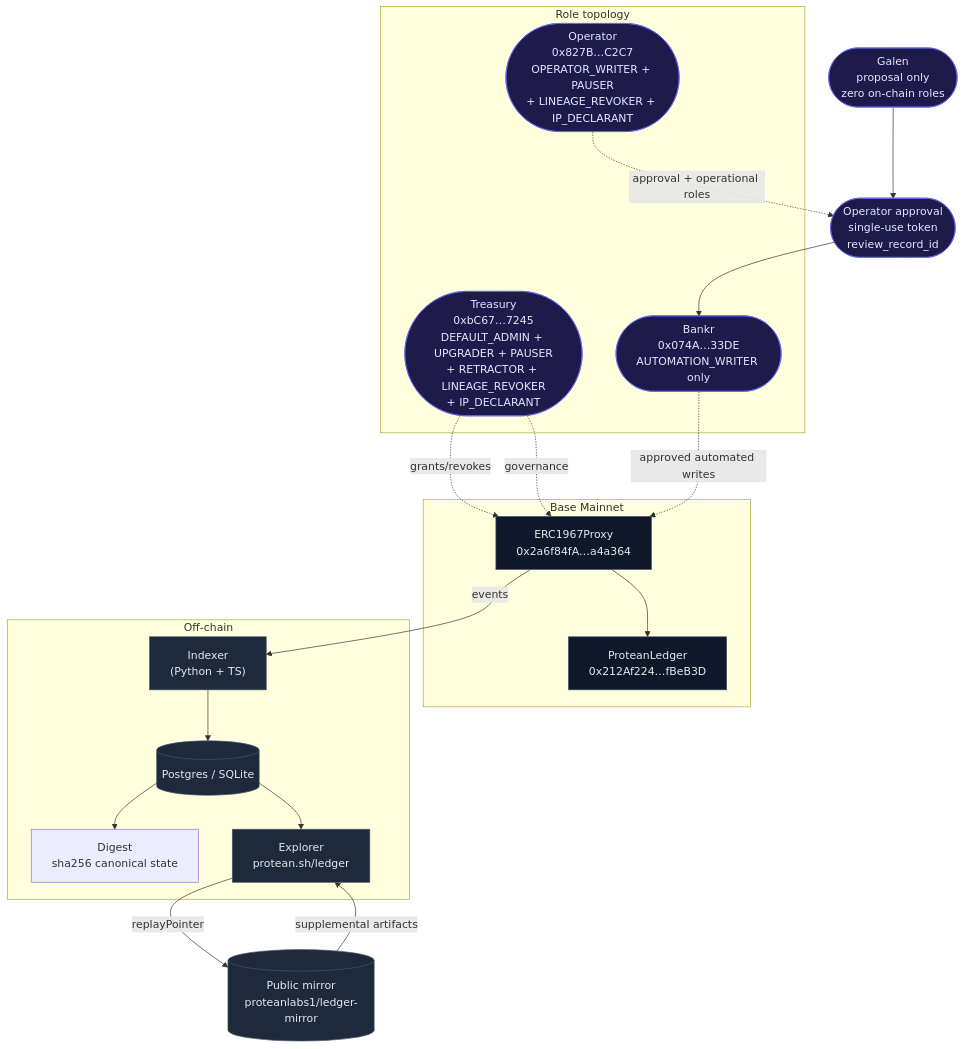
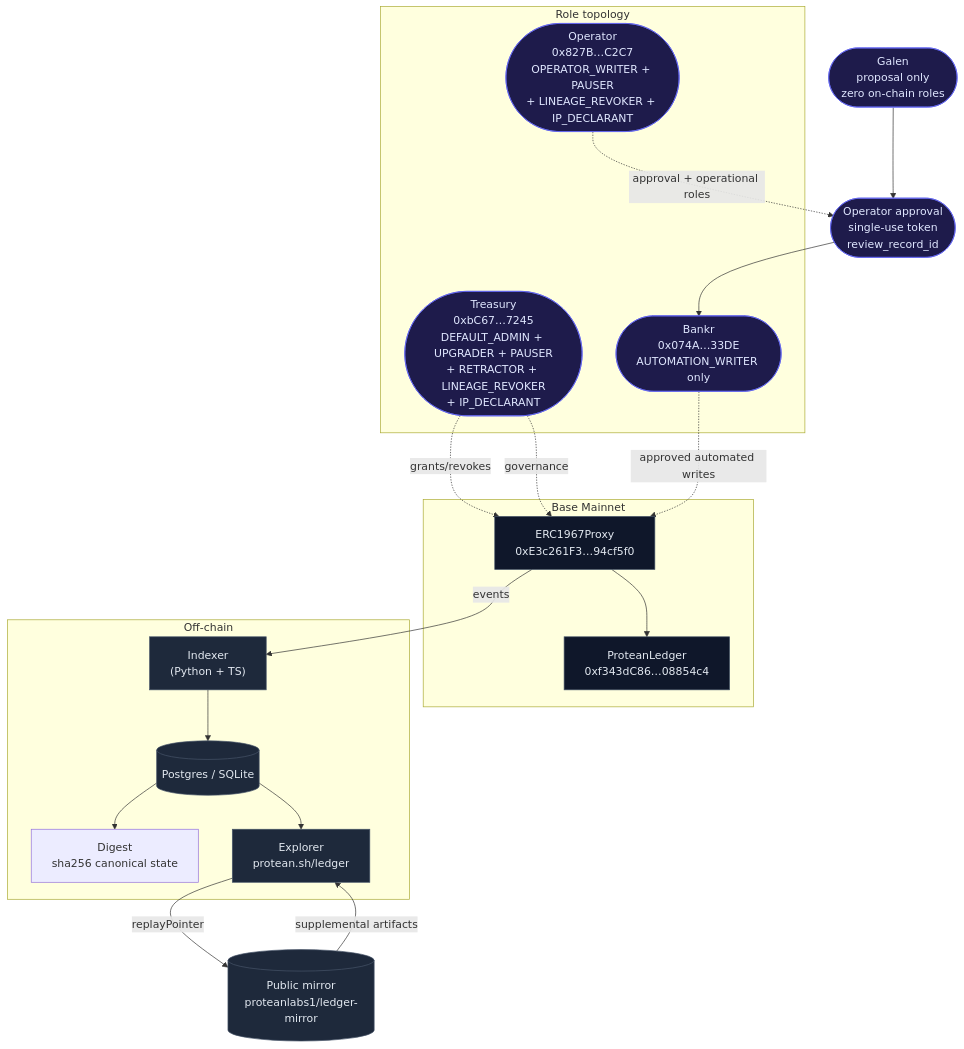
The diagram in diagrams/architecture.mmd (proteanlabs1/ledger-mirror), drawn with Mermaid before and after one commit. The commit also changed 9 other files, not shown here.

```diff
--- a/diagrams/architecture.mmd
+++ b/diagrams/architecture.mmd
@@ -1,41 +1,41 @@
 flowchart TB
   subgraph chain["Base Mainnet"]
-    proxy["ERC1967Proxy\n0x2a6f84fA…a4a364"]
-    impl["ProteanLedger\n0x212Af224…fBeB3D"]
+    proxy["ERC1967Proxy\n0xE3c261F3…94cf5f0"]
+    impl["ProteanLedger\n0xf343dC86…08854c4"]
     proxy --> impl
   end
 
   subgraph roles["Role topology"]
     treasury(["Treasury\n0xbC67…7245\nDEFAULT_ADMIN + UPGRADER + PAUSER\n+ RETRACTOR + LINEAGE_REVOKER\n+ IP_DECLARANT"])
     operator(["Operator\n0x827B…C2C7\nOPERATOR_WRITER + PAUSER\n+ LINEAGE_REVOKER + IP_DECLARANT"])
     bankr(["Bankr\n0x074A…33DE\nAUTOMATION_WRITER only"])
   end
 
   treasury -.grants/revokes.-> proxy
   treasury -.governance.-> proxy
   galen(["Galen\nproposal only\nzero on-chain roles"])
   approval(["Operator approval\nsingle-use token\nreview_record_id"])
   galen --> approval --> bankr
   operator -.approval + operational roles.-> approval
   bankr   -.approved automated writes.-> proxy
 
   subgraph offchain["Off-chain"]
     indexer["Indexer\n(Python + TS)"]
     db[("Postgres / SQLite")]
     digest["Digest\nsha256 canonical state"]
     explorer["Explorer\nprotean.sh/ledger"]
   end
 
   proxy -- events --> indexer
   indexer --> db --> digest
   db --> explorer
 
   explorer -- replayPointer --> mirror[("Public mirror\nproteanlabs1/ledger-mirror")]
   mirror -- supplemental artifacts --> explorer
 
   classDef chain fill:#0f172a,stroke:#475569,color:#e2e8f0
   classDef offchain fill:#1e293b,stroke:#475569,color:#e2e8f0
   classDef role fill:#1e1b4b,stroke:#6366f1,color:#e0e7ff
   class proxy,impl chain
   class indexer,db,explorer,mirror offchain
   class treasury,operator,bankr,galen,approval role
```
